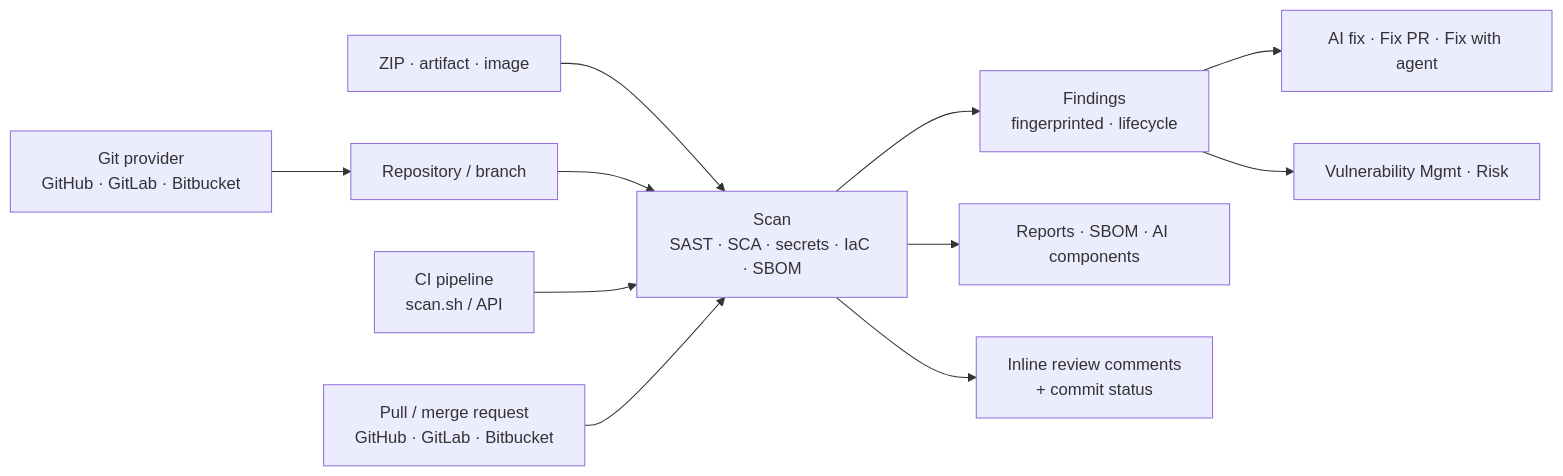
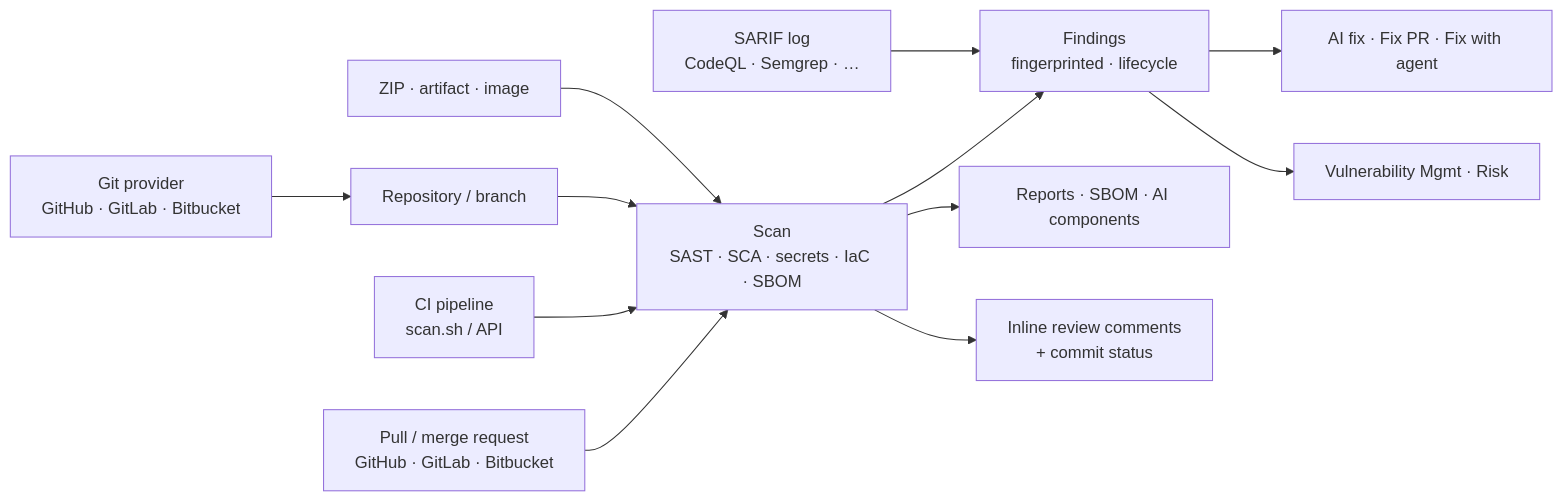
One commit to niteshsaini/offloadsecurity-docs changed the diagram in docs/security-scanning/code/index.md. Above: the diagram before and after it, drawn with Mermaid. The commit also changed other lines of this file and 156 other files, not shown here.

````diff
--- a/docs/security-scanning/code/index.md
+++ b/docs/security-scanning/code/index.md
@@ -44,13 +46,14 @@
 ```mermaid
 flowchart LR
     G[Git provider<br/>GitHub · GitLab · Bitbucket] --> R[Repository / branch]
     Z[ZIP · artifact · image] --> S
+    SA[SARIF log<br/>CodeQL · Semgrep · …] --> F
     R --> S[Scan<br/>SAST · SCA · secrets · IaC · SBOM]
     CI[CI pipeline<br/>scan.sh / API] --> S
     PR[Pull / merge request<br/>GitHub · GitLab · Bitbucket] --> S
     S --> F[Findings<br/>fingerprinted · lifecycle]
     S --> RP[Reports · SBOM · AI components]
     S --> PRV[Inline review comments<br/>+ commit status]
     F --> FIX[AI fix · Fix PR · Fix with agent]
     F --> V[Vulnerability Mgmt · Risk]
 ```
````
